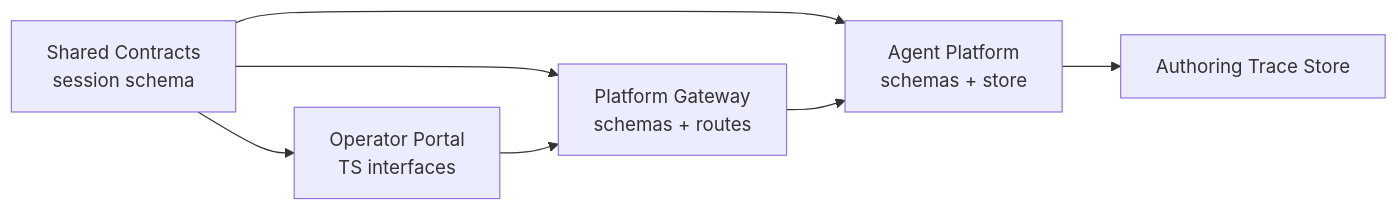
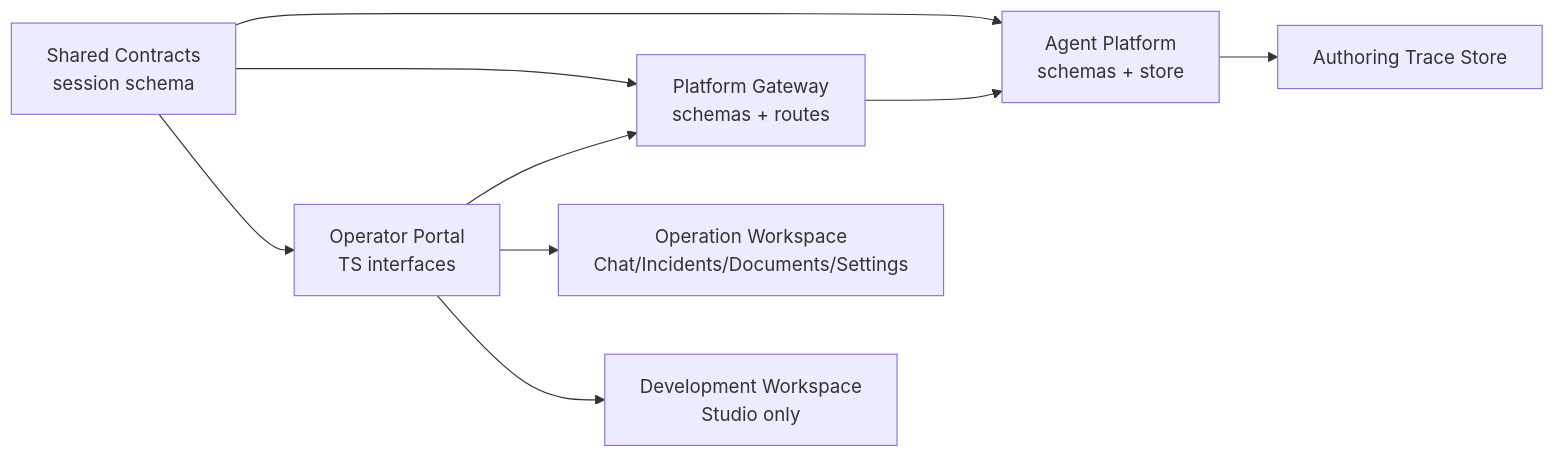
The eighth of 8 diagrams in .qoder/repowiki/en/content/Getting Started/Studio Guide.md (metasync/luban-aiops), drawn with Mermaid before and after one commit. The commit also changed other lines of this file and 4 other files, not shown here.

````diff
--- a/.qoder/repowiki/en/content/Getting Started/Studio Guide.md
+++ b/.qoder/repowiki/en/content/Getting Started/Studio Guide.md
@@ -244,9 +307,11 @@
 ```mermaid
 graph LR
 Contracts["Shared Contracts<br/>session schema"] --> Agent["Agent Platform<br/>schemas + store"]
 Contracts --> Gateway["Platform Gateway<br/>schemas + routes"]
 Contracts --> Portal["Operator Portal<br/>TS interfaces"]
 Gateway --> Agent
 Portal --> Gateway
+Portal --> OpWS["Operation Workspace<br/>Chat/Incidents/Documents/Settings"]
+Portal --> DevWS["Development Workspace<br/>Studio only"]
 Agent --> Trace["Authoring Trace Store"]
 ```
````
